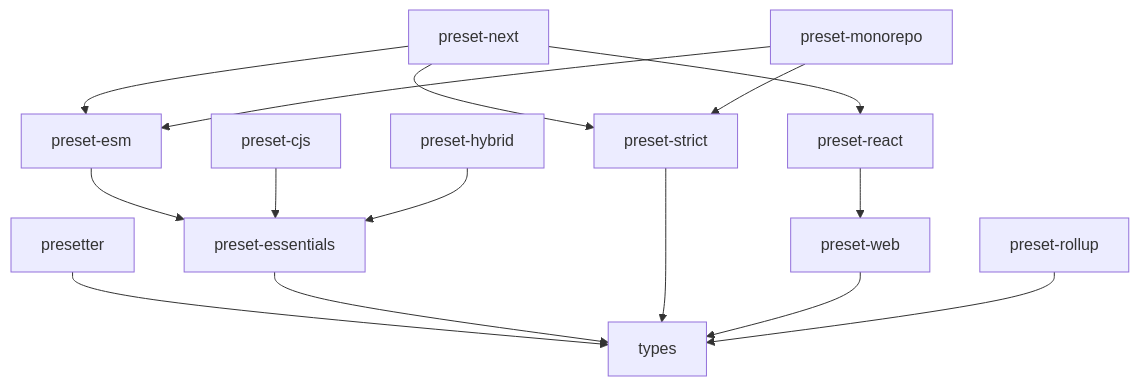
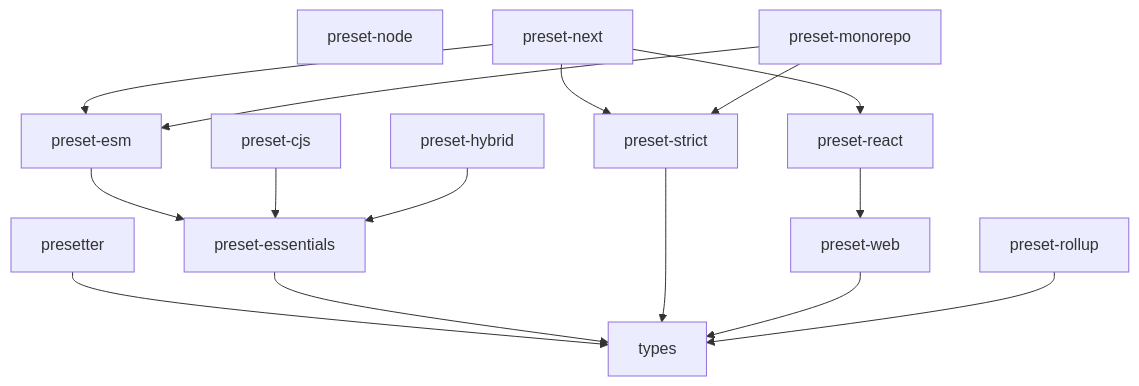
Before and after one commit to alvis/presetter: the diagram in README.md, drawn with Mermaid. The commit also changed other lines of this file and 8 other files, not shown here.

Commit message:
feat(preset/node): add a node js preset

````diff
--- a/README.md
+++ b/README.md
@@ -295,30 +303,31 @@
 ```mermaid
 graph TD
   T[types]
   P[presetter]
   E[preset-essentials]
   S[preset-strict]
   M[preset-esm]
   C[preset-cjs]
   H[preset-hybrid]
+  N[preset-node]
   W[preset-web]
   R[preset-react]
   X[preset-next]
   U[preset-rollup]
   O[preset-monorepo]
 
   P --> T
   E --> T
   M --> E
   C --> E
   H --> E
   S --> T
   W --> T
   R --> W
   X --> M
   X --> S
   X --> R
   U --> T
   O --> M
   O --> S
 ```
````
